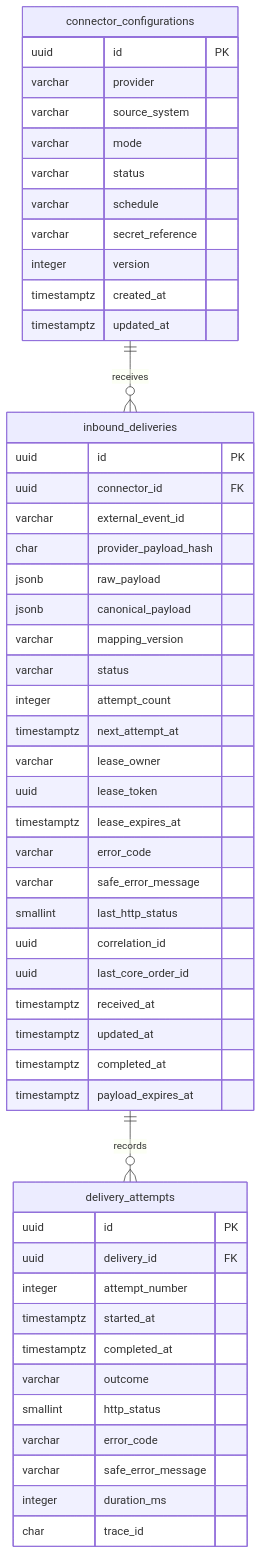
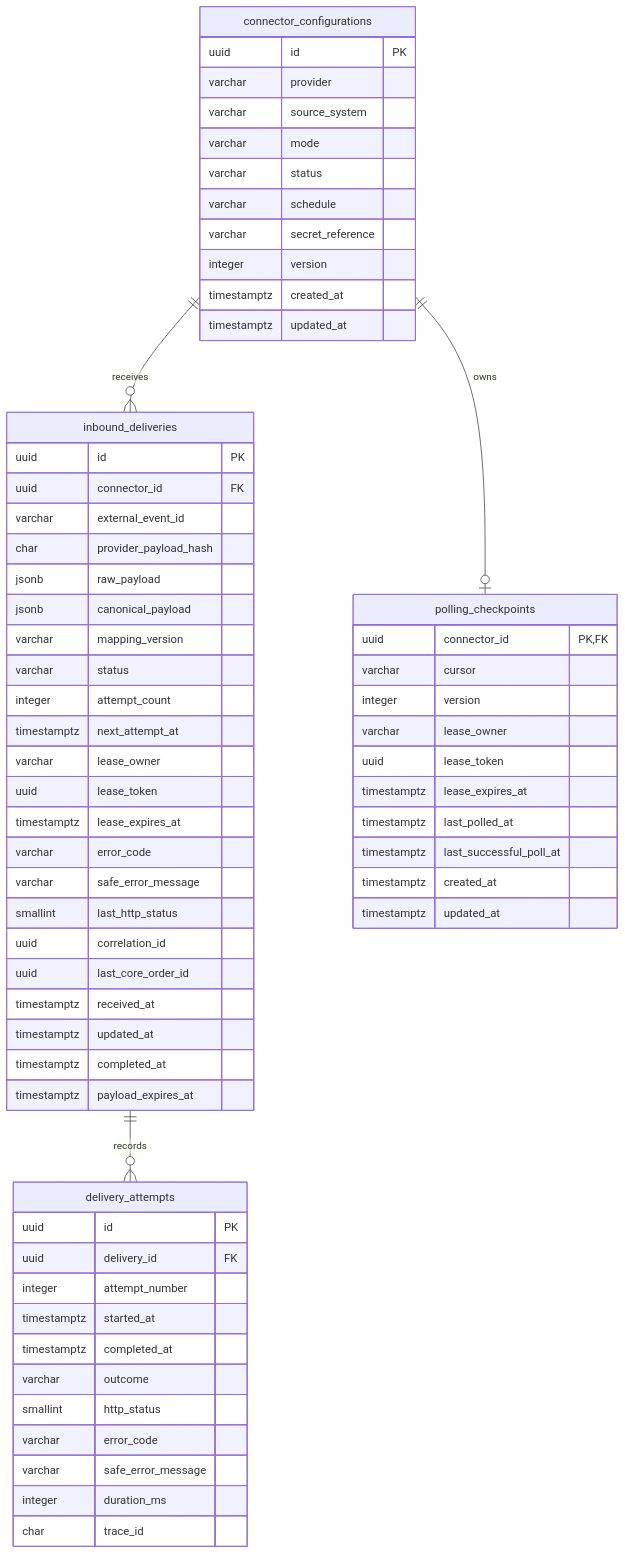
Before and after one commit to PietroRussoD/commerce-integration-hub: the second of 2 diagrams in docs/data-model.md, drawn with Mermaid. The commit also changed other lines of this file and 7 other files, not shown here.

````diff
--- a/docs/data-model.md
+++ b/docs/data-model.md
@@ -137,57 +137,71 @@
 ```mermaid
 erDiagram
     connector_configurations ||--o{ inbound_deliveries : receives
+    connector_configurations ||--o| polling_checkpoints : owns
     inbound_deliveries ||--o{ delivery_attempts : records
 
     connector_configurations {
         uuid id PK
         varchar provider
         varchar source_system
         varchar mode
         varchar status
         varchar schedule
         varchar secret_reference
         integer version
         timestamptz created_at
         timestamptz updated_at
     }
 
     inbound_deliveries {
         uuid id PK
         uuid connector_id FK
         varchar external_event_id
         char provider_payload_hash
         jsonb raw_payload
         jsonb canonical_payload
         varchar mapping_version
         varchar status
         integer attempt_count
         timestamptz next_attempt_at
         varchar lease_owner
         uuid lease_token
         timestamptz lease_expires_at
         varchar error_code
         varchar safe_error_message
         smallint last_http_status
         uuid correlation_id
         uuid last_core_order_id
         timestamptz received_at
         timestamptz updated_at
         timestamptz completed_at
         timestamptz payload_expires_at
     }
 
     delivery_attempts {
         uuid id PK
         uuid delivery_id FK
         integer attempt_number
         timestamptz started_at
         timestamptz completed_at
         varchar outcome
         smallint http_status
         varchar error_code
         varchar safe_error_message
         integer duration_ms
         char trace_id
     }
+
+    polling_checkpoints {
+        uuid connector_id PK,FK
+        varchar cursor
+        integer version
+        varchar lease_owner
+        uuid lease_token
+        timestamptz lease_expires_at
+        timestamptz last_polled_at
+        timestamptz last_successful_poll_at
+        timestamptz created_at
+        timestamptz updated_at
+    }
 ```
````
